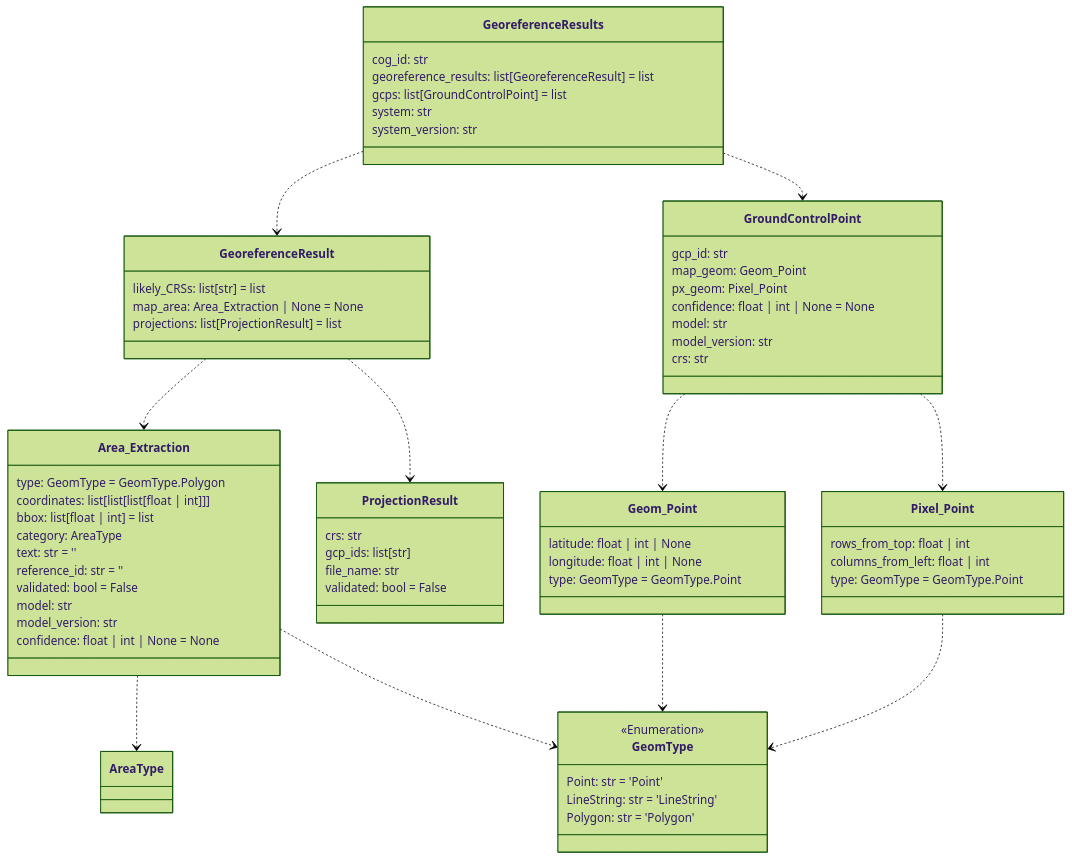
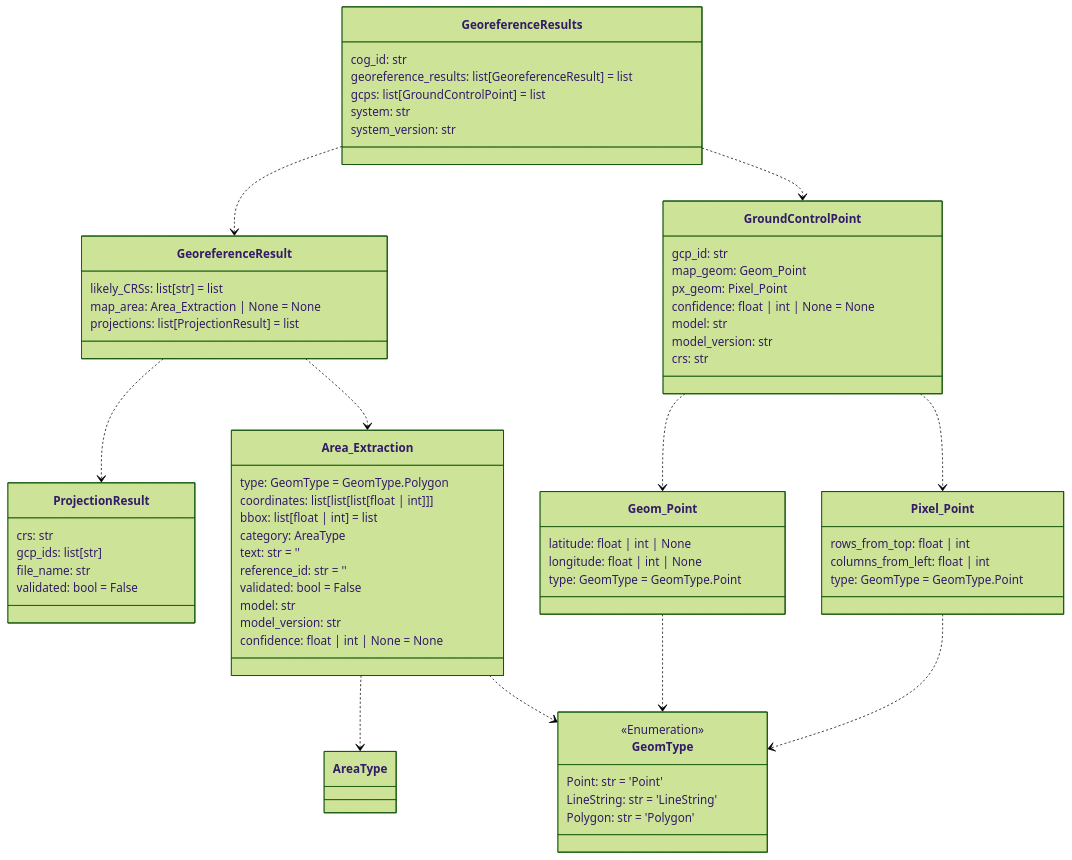
The second of 14 diagrams in README.md (DARPA-CRITICALMAAS/cdr_schemas), drawn with Mermaid (forest theme) before and after one commit. The commit also changed other lines of this file and 1 other file, not shown here.

````diff
--- a/README.md
+++ b/README.md
@@ -117,79 +117,79 @@
 ```mermaid
 classDiagram
+
+    class GeoreferenceResult {
+        likely_CRSs: list[str] = list
+        map_area: Area_Extraction | None = None
+        projections: list[ProjectionResult] = list
+    }
+
+    class GeoreferenceResults {
+        cog_id: str
+        georeference_results: list[GeoreferenceResult] = list
+        gcps: list[GroundControlPoint] = list
+        system: str
+        system_version: str
+    }
 
     class GroundControlPoint {
         gcp_id: str
         map_geom: Geom_Point
         px_geom: Pixel_Point
         confidence: float | int | None = None
         model: str
         model_version: str
         crs: str
+    }
+
+    class ProjectionResult {
+        crs: str
+        gcp_ids: list[str]
+        file_name: str
+        validated: bool = False
+    }
+
+    class GeomType {
+        <<Enumeration>>
+        Point: str = 'Point'
+        LineString: str = 'LineString'
+        Polygon: str = 'Polygon'
     }
 
     class Area_Extraction {
         type: GeomType = GeomType.Polygon
         coordinates: list[list[list[float | int]]]
         bbox: list[float | int] = list
         category: AreaType
         text: str = ''
         reference_id: str = ''
         validated: bool = False
         model: str
         model_version: str
         confidence: float | int | None = None
     }
 
-    class GeoreferenceResults {
-        cog_id: str
-        georeference_results: list[GeoreferenceResult] = list
-        gcps: list[GroundControlPoint] = list
-        system: str
-        system_version: str
-    }
-
-    class GeoreferenceResult {
-        likely_CRSs: list[str] = list
-        map_area: Area_Extraction | None = None
-        projections: list[ProjectionResult] = list
-    }
-
-    class ProjectionResult {
-        crs: str
-        gcp_ids: list[str]
-        file_name: str
-        validated: bool = False
-    }
-
     class Geom_Point {
         latitude: float | int | None
         longitude: float | int | None
         type: GeomType = GeomType.Point
-    }
-
-    class GeomType {
-        <<Enumeration>>
-        Point: str = 'Point'
-        LineString: str = 'LineString'
-        Polygon: str = 'Polygon'
     }
 
     class Pixel_Point {
         rows_from_top: float | int
         columns_from_left: float | int
         type: GeomType = GeomType.Point
     }
 
     Area_Extraction ..> AreaType
     Area_Extraction ..> GeomType
     Geom_Point ..> GeomType
     Pixel_Point ..> GeomType
     GroundControlPoint ..> Geom_Point
     GroundControlPoint ..> Pixel_Point
     GeoreferenceResult ..> Area_Extraction
     GeoreferenceResult ..> ProjectionResult
+    GeoreferenceResults ..> GeoreferenceResult
     GeoreferenceResults ..> GroundControlPoint
-    GeoreferenceResults ..> GeoreferenceResult
 
 
 ```
````
